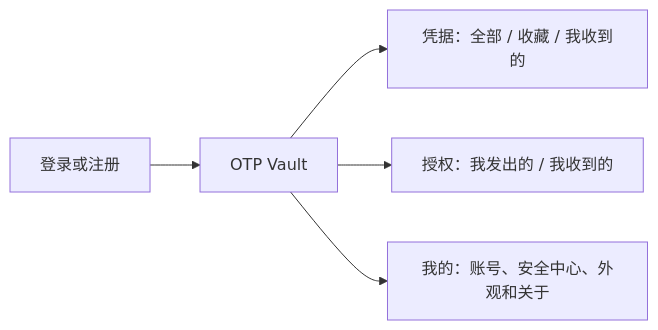
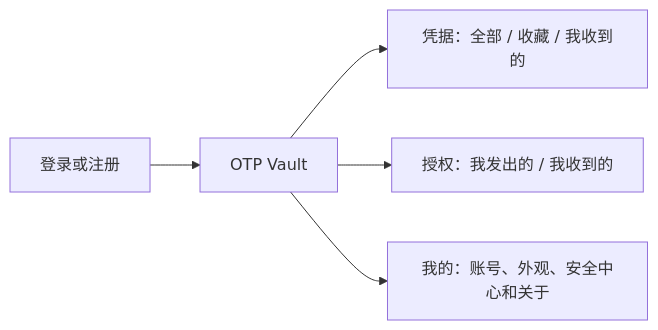
One commit to serein-morii/xb-h5 changed the first of 4 diagrams in docs/otp-vault-user-guide.md. Above: the diagram before and after it, drawn with Mermaid. The commit also changed other lines of this file and 7 other files, not shown here.

````diff
--- a/docs/otp-vault-user-guide.md
+++ b/docs/otp-vault-user-guide.md
@@ -11,7 +11,7 @@
 ```mermaid
 flowchart LR
     Login["登录或注册"] --> Vault["OTP Vault"]
     Vault --> All["凭据：全部 / 收藏 / 我收到的"]
     Vault --> Share["授权：我发出的 / 我收到的"]
-    Vault --> Settings["我的：账号、安全中心、外观和关于"]
+    Vault --> Settings["我的：账号、外观、安全中心和关于"]
 ```
````
